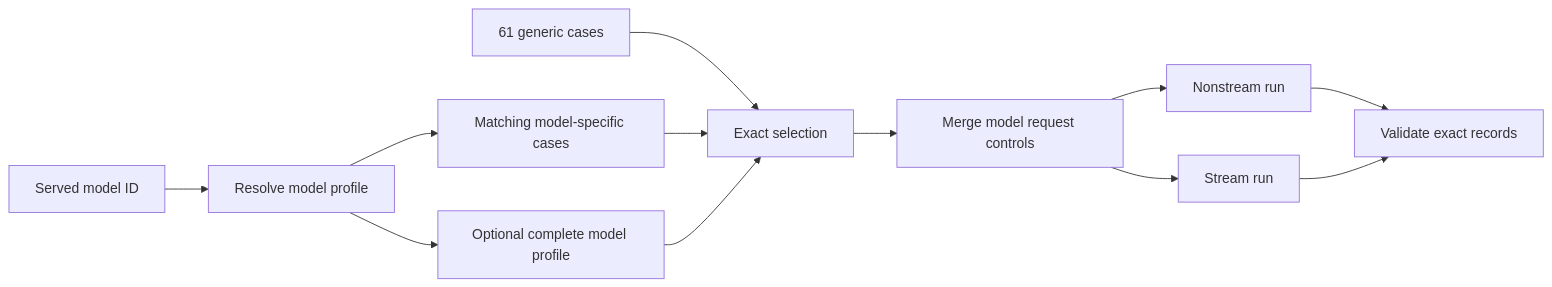
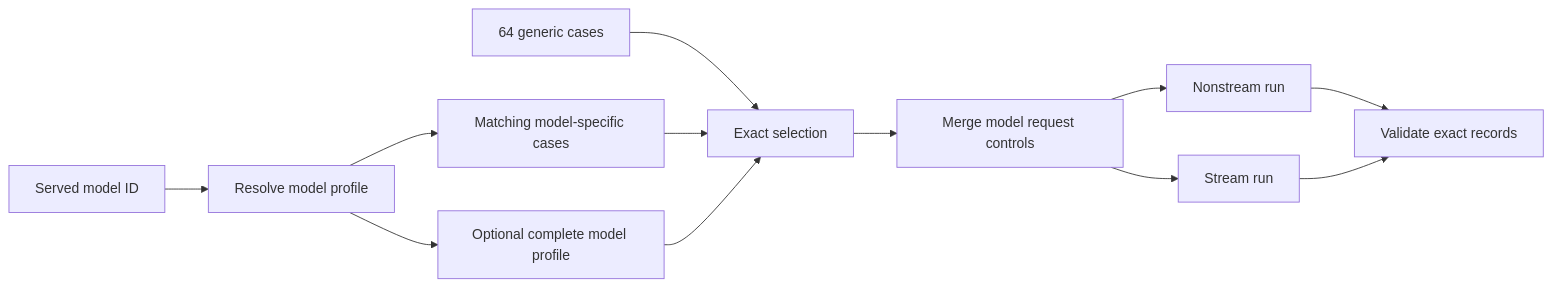
One commit to ai-dynamo/dynamo changed the second of 5 diagrams in benchmarks/tool_calling/README.md. Above: the diagram before and after it, drawn with Mermaid. The commit also changed other lines of this file and 5 other files, not shown here.

````diff
--- a/benchmarks/tool_calling/README.md
+++ b/benchmarks/tool_calling/README.md
@@ -101,13 +113,13 @@
 ```mermaid
 flowchart LR
     M[Served model ID] --> P[Resolve model profile]
-    G[61 generic cases] --> S[Exact selection]
+    G[64 generic cases] --> S[Exact selection]
     P --> X[Matching model-specific cases]
     X --> S
     P --> F[Optional complete model profile]
     F --> S
     S --> Q[Merge model request controls]
     Q --> N[Nonstream run]
     Q --> R[Stream run]
     N & R --> V[Validate exact records]
 ```
````
